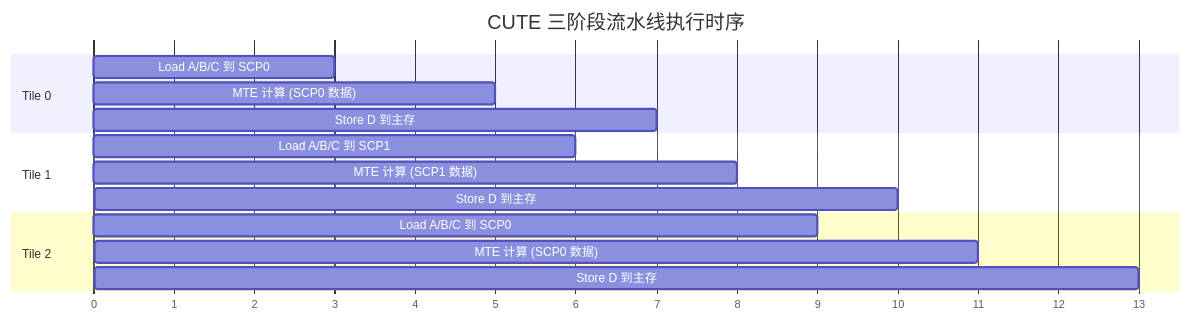
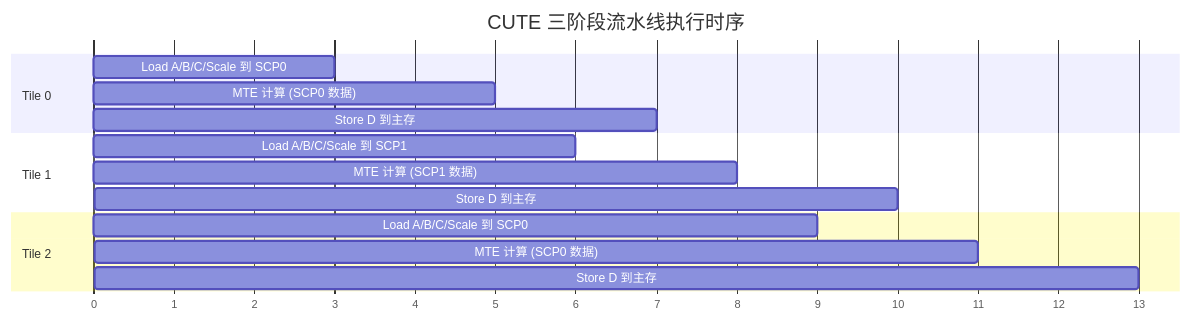
The second of 2 diagrams in docs/overview/architecture-overview.md (OpenCUTE/CUTE-Design-Doc), drawn with Mermaid before and after one commit. The commit also changed other lines of this file and 33 other files, not shown here.

````diff
--- a/docs/overview/architecture-overview.md
+++ b/docs/overview/architecture-overview.md
@@ -58,21 +58,21 @@
 ```mermaid
 gantt
     title CUTE 三阶段流水线执行时序
     dateFormat X
     axisFormat %s
 
     section Tile 0
-    Load A/B/C 到 SCP0      :l0, 0, 3
-    MTE 计算 (SCP0 数据)     :c0, 3, 5
-    Store D 到主存            :s0, 5, 7
+    Load A/B/C/Scale 到 SCP0      :l0, 0, 3
+    MTE 计算 (SCP0 数据)           :c0, 3, 5
+    Store D 到主存                  :s0, 5, 7
 
     section Tile 1
-    Load A/B/C 到 SCP1      :l1, 3, 6
-    MTE 计算 (SCP1 数据)     :c1, 6, 8
-    Store D 到主存            :s1, 8, 10
+    Load A/B/C/Scale 到 SCP1      :l1, 3, 6
+    MTE 计算 (SCP1 数据)           :c1, 6, 8
+    Store D 到主存                  :s1, 8, 10
 
     section Tile 2
-    Load A/B/C 到 SCP0      :l2, 6, 9
-    MTE 计算 (SCP0 数据)     :c2, 9, 11
-    Store D 到主存            :s2, 11, 13
+    Load A/B/C/Scale 到 SCP0      :l2, 6, 9
+    MTE 计算 (SCP0 数据)           :c2, 9, 11
+    Store D 到主存                  :s2, 11, 13
 ```
````
